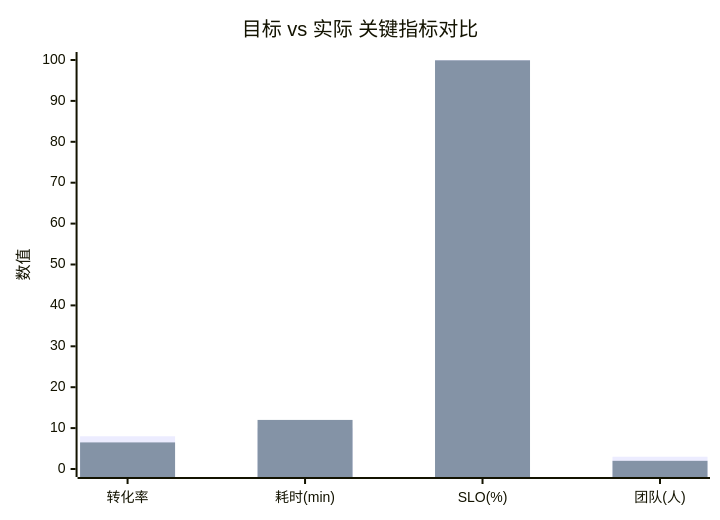
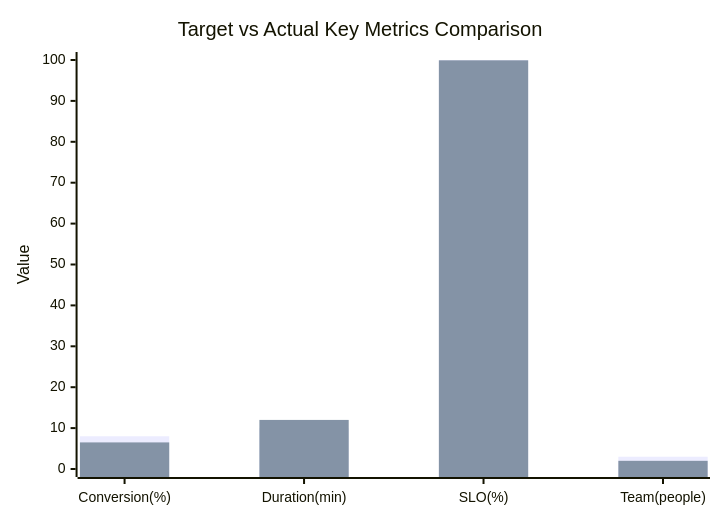
Before and after one commit to Kirky-X/cangjie: the second of 3 diagrams in templates/产品/退役层/【模板】复盘报告.md, drawn with Mermaid. The commit also changed other lines of this file and 60 other files, not shown here.

````diff
--- a/templates/产品/退役层/【模板】复盘报告.md
+++ b/templates/产品/退役层/【模板】复盘报告.md
@@ -143,8 +143,8 @@
 ```mermaid
 xychart-beta
-    title "目标 vs 实际 关键指标对比"
-    x-axis ["转化率", "耗时(min)", "SLO(%)", "团队(人)"]
-    y-axis "数值" 0 --> 100
+    title "Target vs Actual Key Metrics Comparison"
+    x-axis ["Conversion(%)", "Duration(min)", "SLO(%)", "Team(people)"]
+    y-axis "Value" 0 --> 100
     bar [8, 10, 99.95, 3]
     bar [6.5, 12, 99.92, 2]
 ```
````
